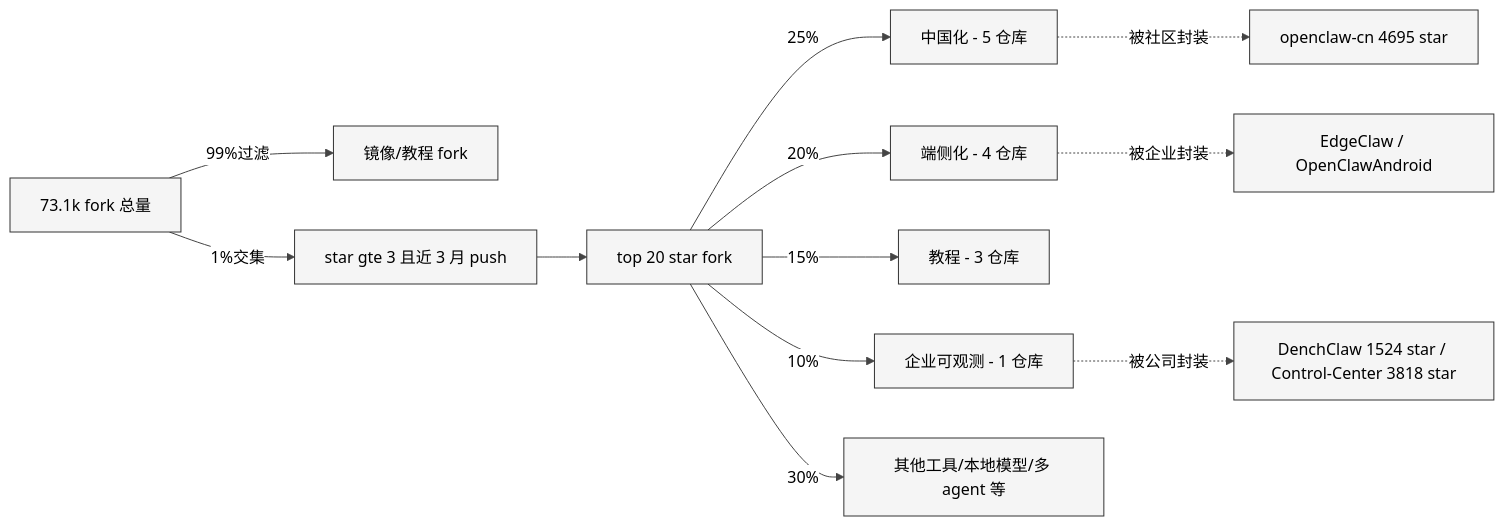
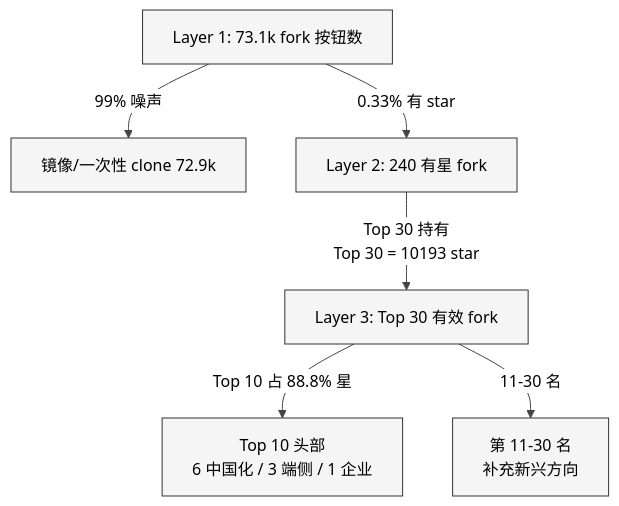
The diagram in Part IV Variants and PR Evolution/20 活跃 Fork 与变种生态.md (xiaonancs/openclaw-study), drawn with Mermaid before and after one commit. The commit also changed other lines of this file and 3 other files, not shown here.

````diff
--- a/Part IV Variants and PR Evolution/20 活跃 Fork 与变种生态.md
+++ b/Part IV Variants and PR Evolution/20 活跃 Fork 与变种生态.md
@@ -61,15 +78,9 @@
 ```mermaid
 %%{init: {'theme': 'neutral', 'themeVariables': {'background': '#ffffff', 'primaryColor': '#f5f5f5', 'primaryTextColor': '#000000', 'primaryBorderColor': '#333333', 'lineColor': '#444444', 'textColor': '#000000', 'mainBkg': '#f5f5f5', 'nodeBorder': '#333333', 'clusterBkg': '#fafafa', 'clusterBorder': '#888888', 'edgeLabelBackground': '#ffffff'}}}%%
-flowchart LR
-    Total["73.1k fork 总量"] -->|99%过滤| Noise["镜像/教程 fork"]
-    Total -->|1%交集| Active["star gte 3 且近 3 月 push"]
-    Active --> Top20["top 20 star fork"]
-    Top20 -->|25%| CN["中国化 - 5 仓库"]
-    Top20 -->|20%| Edge["端侧化 - 4 仓库"]
-    Top20 -->|15%| Teach["教程 - 3 仓库"]
-    Top20 -->|10%| Ent["企业可观测 - 1 仓库"]
-    Top20 -->|30%| Other["其他工具/本地模型/多 agent 等"]
-    CN -.被社区封装.-> FCN["openclaw-cn 4695 star"]
-    Edge -.被企业封装.-> FEdge["EdgeClaw / OpenClawAndroid"]
-    Ent -.被公司封装.-> FEnt["DenchClaw 1524 star / Control-Center 3818 star"]
+flowchart TB
+    Total["Layer 1: 73.1k fork 按钮数"] -->|"99% 噪声"| Mirror["镜像/一次性 clone 72.9k"]
+    Total -->|"0.33% 有 star"| Alive["Layer 2: 240 有星 fork"]
+    Alive -->|"Top 30 持有<br/>Top 30 = 10193 star"| Top30["Layer 3: Top 30 有效 fork"]
+    Top30 -->|"Top 10 占 88.8% 星"| Top10["Top 10 头部<br/>6 中国化 / 3 端侧 / 1 企业"]
+    Top30 -->|"11-30 名"| MidTail["第 11-30 名<br/>补充新兴方向"]
 ```
````
